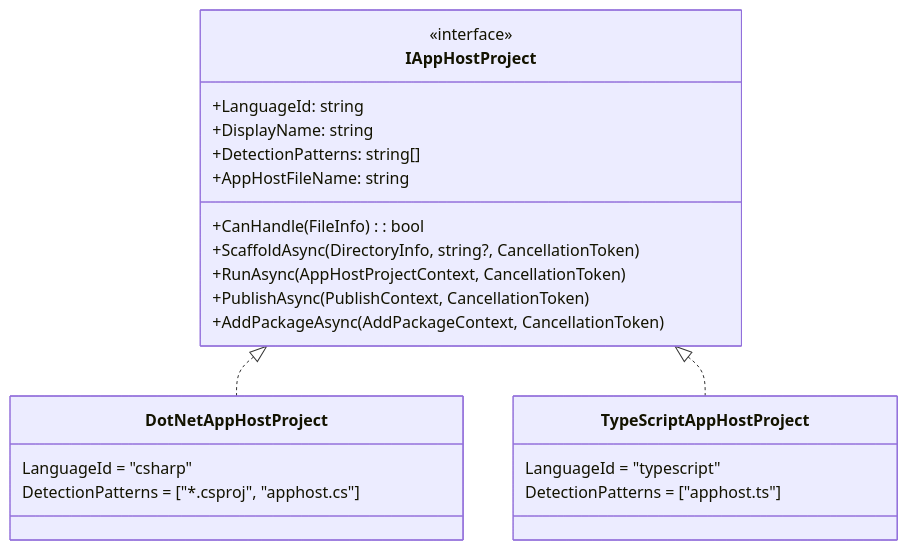
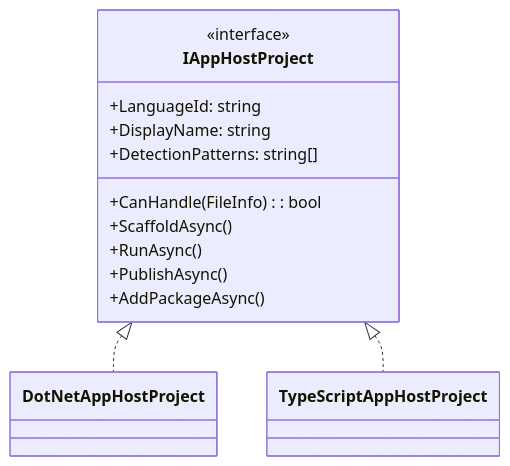
Before and after one commit to dotnet/aspire: the second of 2 diagrams in docs/specs/polyglot-apphost.md, drawn with Mermaid. The commit also changed other lines of this file and 13 other files, not shown here.

````diff
--- a/docs/specs/polyglot-apphost.md
+++ b/docs/specs/polyglot-apphost.md
@@ -1643,28 +505,17 @@
 ```mermaid
 classDiagram
     class IAppHostProject {
         <<interface>>
         +LanguageId: string
         +DisplayName: string
         +DetectionPatterns: string[]
-        +AppHostFileName: string
         +CanHandle(FileInfo): bool
-        +ScaffoldAsync(DirectoryInfo, string?, CancellationToken)
-        +RunAsync(AppHostProjectContext, CancellationToken)
-        +PublishAsync(PublishContext, CancellationToken)
-        +AddPackageAsync(AddPackageContext, CancellationToken)
-    }
-
-    class DotNetAppHostProject {
-        LanguageId = "csharp"
-        DetectionPatterns = ["*.csproj", "apphost.cs"]
-    }
-
-    class TypeScriptAppHostProject {
-        LanguageId = "typescript"
-        DetectionPatterns = ["apphost.ts"]
+        +ScaffoldAsync()
+        +RunAsync()
+        +PublishAsync()
+        +AddPackageAsync()
     }
 
     IAppHostProject <|.. DotNetAppHostProject
     IAppHostProject <|.. TypeScriptAppHostProject
 ```
````
